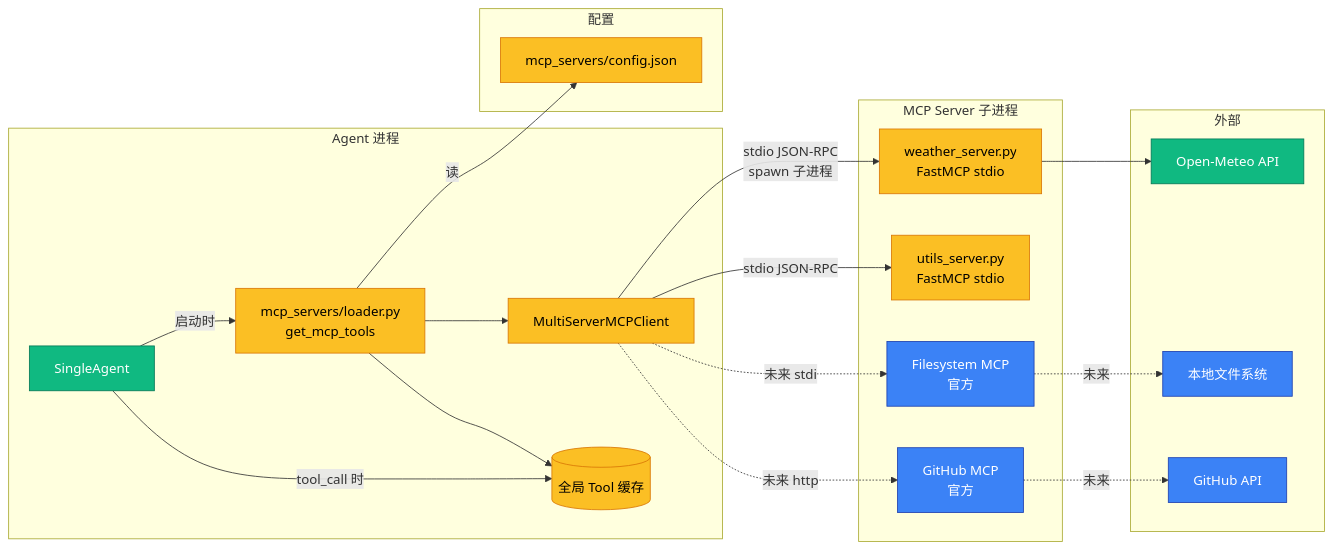
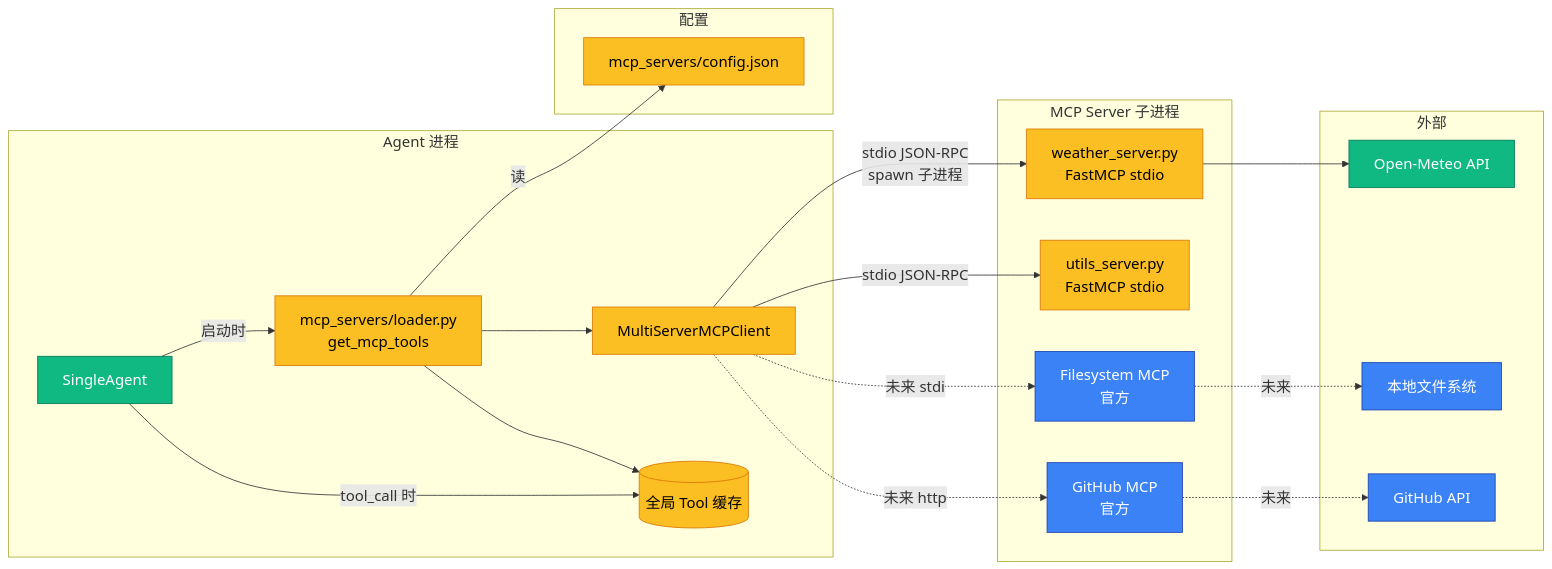
Before and after one commit to Eplayed/agents-cli-learn: the fourth of 7 diagrams in docs/ARCHITECTURE.md, drawn with Mermaid. The commit also changed other lines of this file and 11 other files, not shown here.

````diff
--- a/docs/ARCHITECTURE.md
+++ b/docs/ARCHITECTURE.md
@@ -246,45 +271,46 @@
 ```mermaid
+%%{init: {'theme':'default', 'themeVariables': {'fontSize':'18px'}, 'flowchart': {'nodeSpacing': 50, 'rankSpacing': 70}}}%%
 graph LR
     subgraph AGENT_PROC["Agent 进程"]
         AGENT[SingleAgent]:::done
         LOADER[mcp_servers/loader.py<br/>get_mcp_tools]:::current
         CLIENT[MultiServerMCPClient]:::current
         CACHE[(全局 Tool 缓存)]:::current
     end
 
     subgraph CONFIG["配置"]
         CFG[mcp_servers/config.json]:::current
     end
 
     subgraph SERVERS["MCP Server 子进程"]
         WS[weather_server.py<br/>FastMCP stdio]:::current
         US[utils_server.py<br/>FastMCP stdio]:::current
         FS[Filesystem MCP<br/>官方]:::future
         GH[GitHub MCP<br/>官方]:::future
     end
 
     subgraph EXT["外部"]
         OM[Open-Meteo API]:::done
         LOCAL[本地文件系统]:::future
         GHAPI[GitHub API]:::future
     end
 
     AGENT -->|启动时| LOADER
     LOADER -->|读| CFG
     LOADER --> CLIENT
     CLIENT -->|stdio JSON-RPC<br/>spawn 子进程| WS
     CLIENT -->|stdio JSON-RPC| US
     CLIENT -.未来 stdio.-> FS
     CLIENT -.未来 http.-> GH
 
     LOADER --> CACHE
     AGENT -->|tool_call 时| CACHE
 
     WS --> OM
     FS -.未来.-> LOCAL
     GH -.未来.-> GHAPI
 
     classDef done fill:#10b981,stroke:#047857,color:#fff
     classDef current fill:#fbbf24,stroke:#d97706,color:#000
     classDef future fill:#3b82f6,stroke:#1e40af,color:#fff
 ```
````
